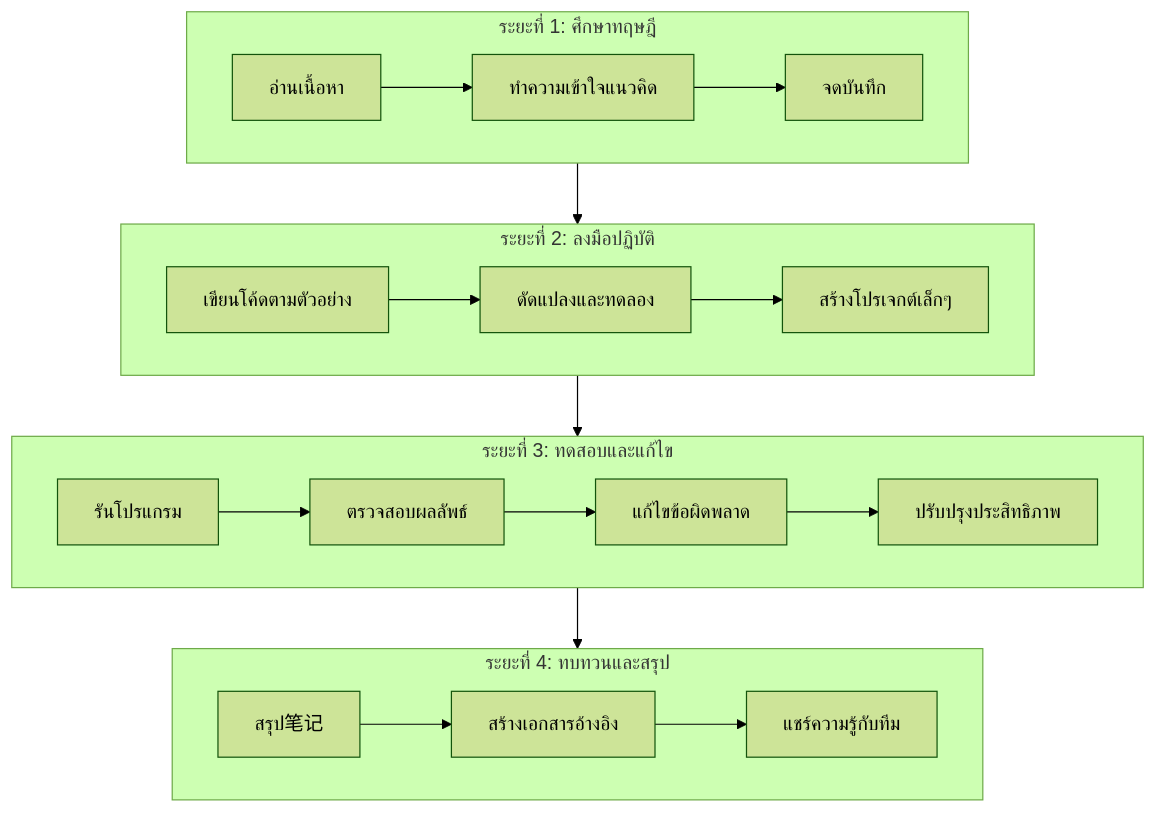
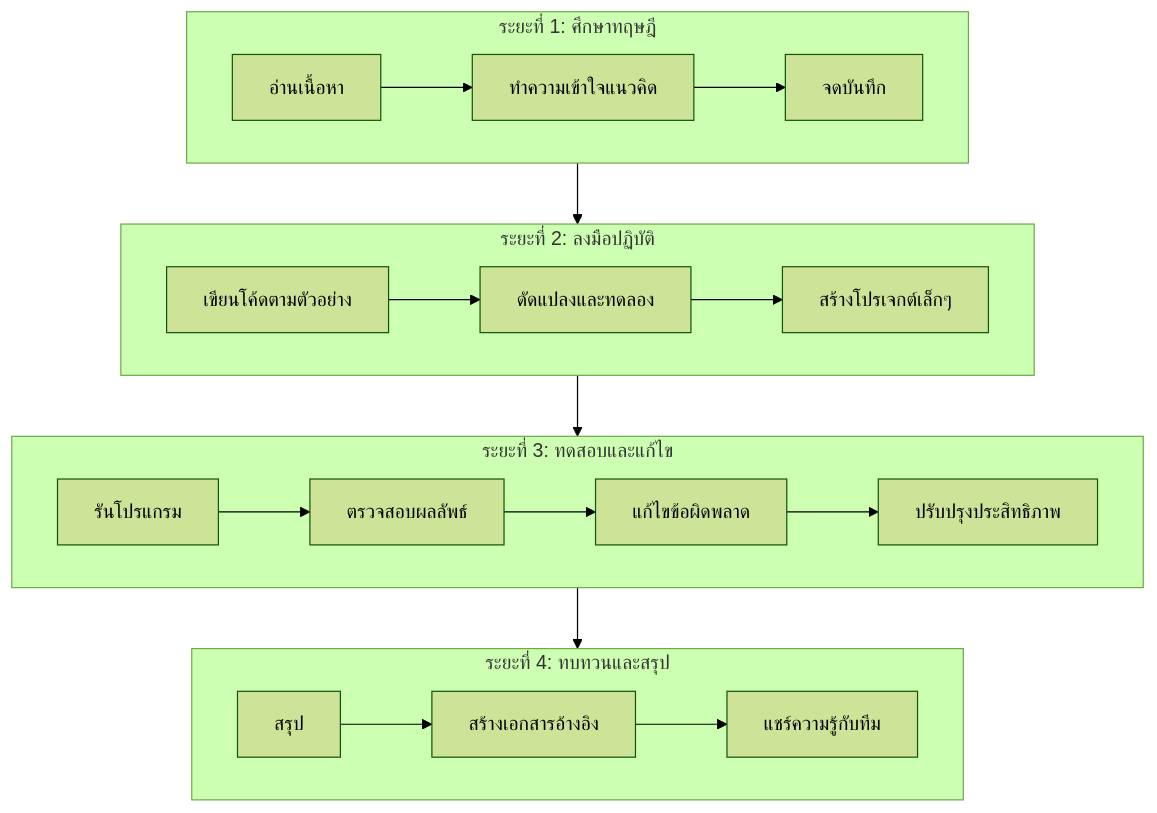
One commit to kongnakornna/gorestapi changed the first of 6 diagrams in README.md. Above: the diagram before and after it, drawn with Mermaid (forest theme). The commit also changed other lines of this file, not shown here.

````diff
--- a/README.md
+++ b/README.md
@@ -393,25 +393,25 @@
 ```mermaid
 flowchart TD
     subgraph Phase1[ระยะที่ 1: ศึกษาทฤษฎี]
         A1[อ่านเนื้อหา] --> A2[ทำความเข้าใจแนวคิด]
         A2 --> A3[จดบันทึก]
     end
     
     subgraph Phase2[ระยะที่ 2: ลงมือปฏิบัติ]
         B1[เขียนโค้ดตามตัวอย่าง] --> B2[ดัดแปลงและทดลอง]
         B2 --> B3[สร้างโปรเจกต์เล็กๆ]
     end
     
     subgraph Phase3[ระยะที่ 3: ทดสอบและแก้ไข]
         C1[รันโปรแกรม] --> C2[ตรวจสอบผลลัพธ์]
         C2 --> C3[แก้ไขข้อผิดพลาด]
         C3 --> C4[ปรับปรุงประสิทธิภาพ]
     end
     
     subgraph Phase4[ระยะที่ 4: ทบทวนและสรุป]
-        D1[สรุป笔记] --> D2[สร้างเอกสารอ้างอิง]
+        D1[สรุป] --> D2[สร้างเอกสารอ้างอิง]
         D2 --> D3[แชร์ความรู้กับทีม]
     end
     
     Phase1 --> Phase2 --> Phase3 --> Phase4
 ```
````
